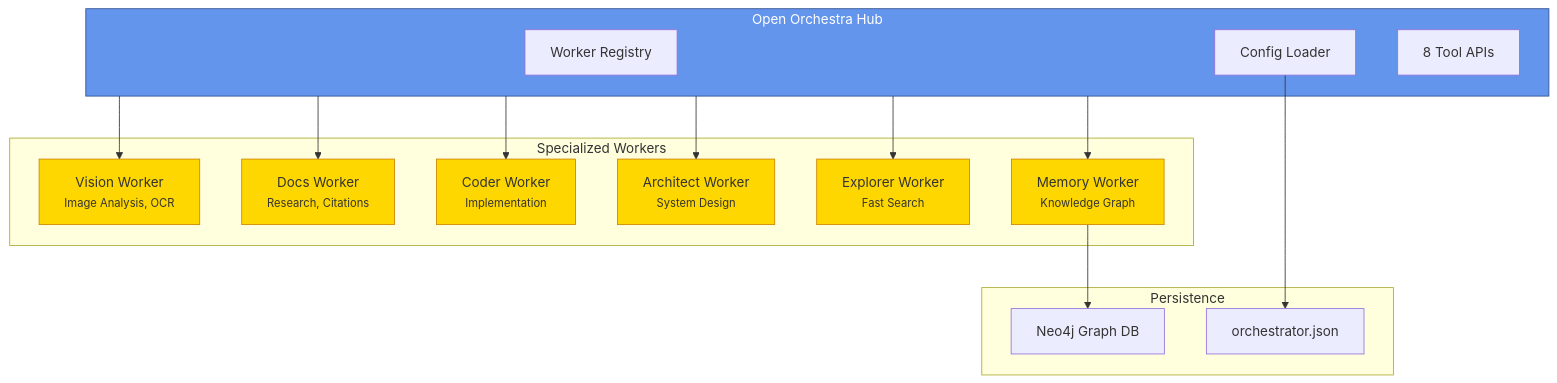
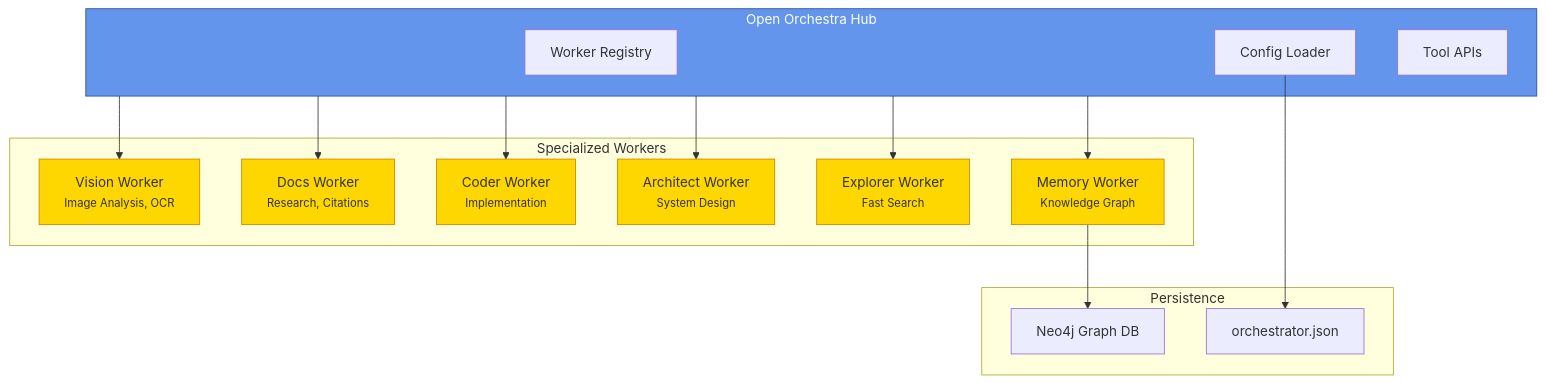
One commit to lsunay/open-orchestra changed the first of 3 diagrams in README.md. Above: the diagram before and after it, drawn with Mermaid. The commit also changed other lines of this file and 27 other files, not shown here.

````diff
--- a/README.md
+++ b/README.md
@@ -62,40 +62,40 @@
 ```mermaid
 graph TB
     subgraph Orchestrator["Open Orchestra Hub"]
         Registry["Worker Registry"]
         Config["Config Loader"]
-        Tools["8 Tool APIs"]
+        Tools["Tool APIs"]
     end
     
     subgraph Workers["Specialized Workers"]
         Vision["Vision Worker<br/><small>Image Analysis, OCR</small>"]
         Docs["Docs Worker<br/><small>Research, Citations</small>"]
         Coder["Coder Worker<br/><small>Implementation</small>"]
         Architect["Architect Worker<br/><small>System Design</small>"]
         Explorer["Explorer Worker<br/><small>Fast Search</small>"]
         Memory["Memory Worker<br/><small>Knowledge Graph</small>"]
     end
     
     subgraph Storage["Persistence"]
         Neo4j["Neo4j Graph DB"]
         ConfigFiles["orchestrator.json"]
     end
     
     Orchestrator --> Vision
     Orchestrator --> Docs
     Orchestrator --> Coder
     Orchestrator --> Architect
     Orchestrator --> Explorer
     Orchestrator --> Memory
     
     Memory --> Neo4j
     Config --> ConfigFiles
     
     style Orchestrator fill:#6495ED,stroke:#2F4F8F,color:#fff
     style Vision fill:#FFD700,stroke:#CC8400
     style Docs fill:#FFD700,stroke:#CC8400
     style Coder fill:#FFD700,stroke:#CC8400
     style Architect fill:#FFD700,stroke:#CC8400
     style Explorer fill:#FFD700,stroke:#CC8400
     style Memory fill:#FFD700,stroke:#CC8400
 ```
````
